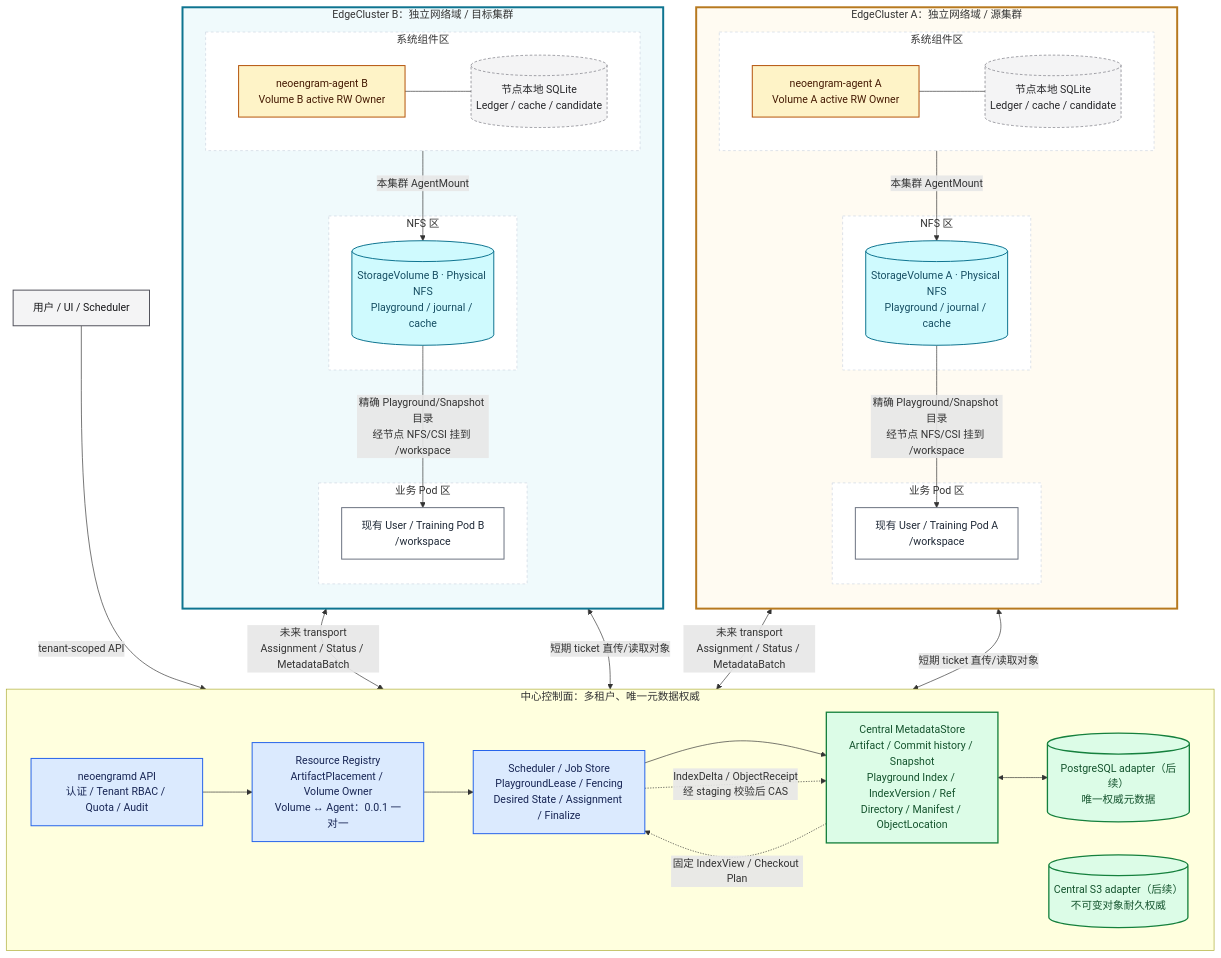
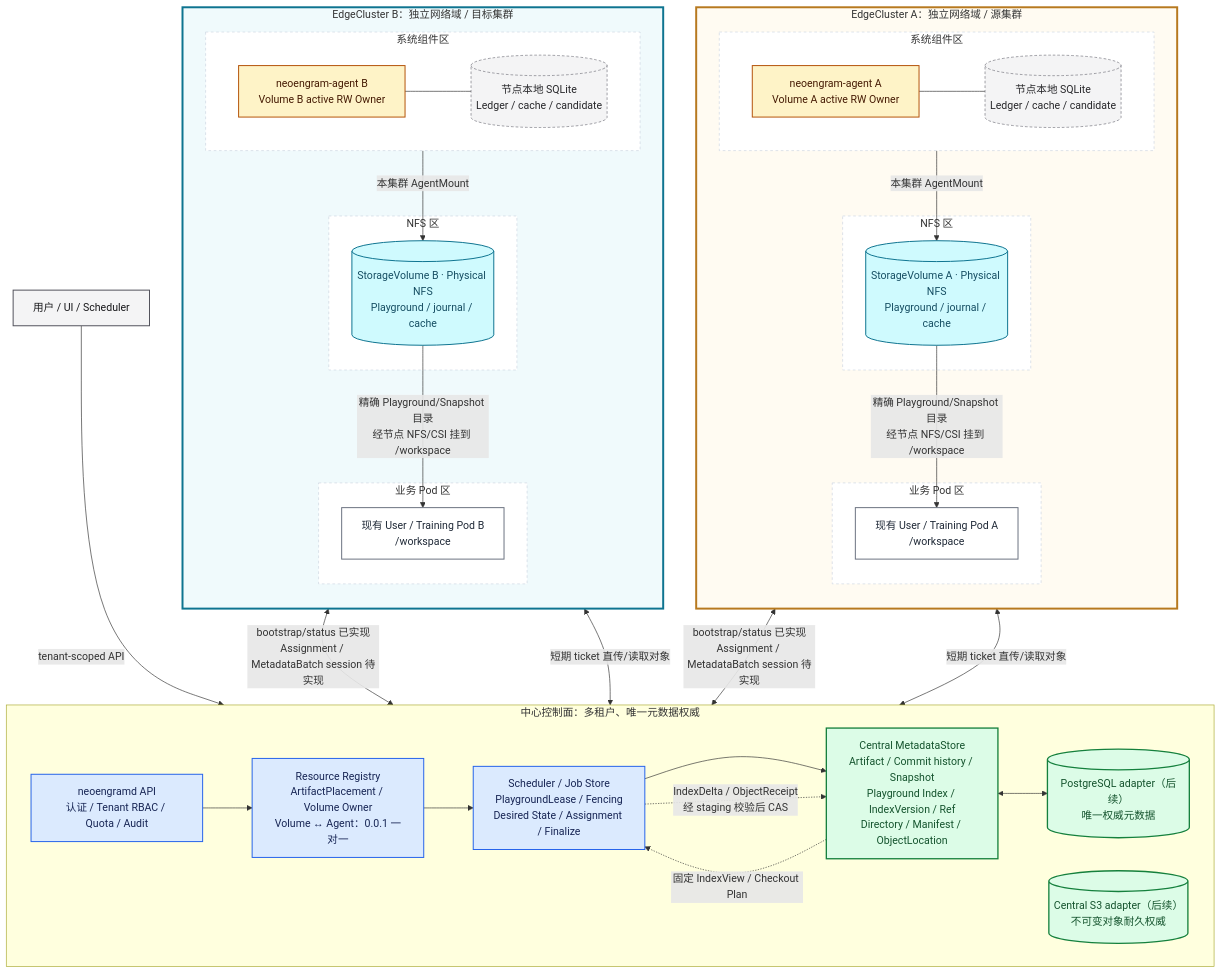
The diagram in docs/agent-central-control.md (kwsc98/neoengram), drawn with Mermaid before and after one commit. The commit also changed other lines of this file and 145 other files, not shown here.

Commit message:
feat: add agent enrollment transport and daemon

```diff
--- a/docs/agent-central-control.md
+++ b/docs/agent-central-control.md
@@ -363,8 +368,8 @@
 
     USER -->|"tenant-scoped API"| API
 
-    AGENT_A <-->|"未来 transport<br/>Assignment / Status / MetadataBatch"| JOBS
-    AGENT_B <-->|"未来 transport<br/>Assignment / Status / MetadataBatch"| JOBS
+    AGENT_A <-->|"bootstrap/status 已实现<br/>Assignment / MetadataBatch session 待实现"| JOBS
+    AGENT_B <-->|"bootstrap/status 已实现<br/>Assignment / MetadataBatch session 待实现"| JOBS
     AGENT_A <-->|"短期 ticket 直传/读取对象"| S3
     AGENT_B <-->|"短期 ticket 直传/读取对象"| S3
 
```
